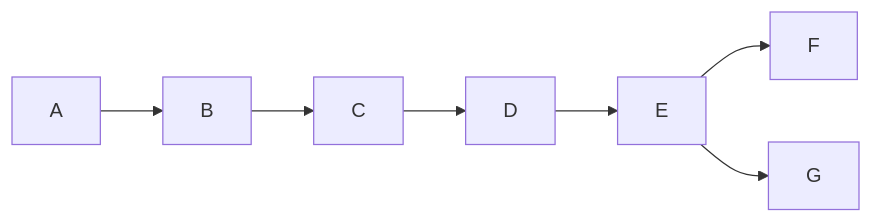
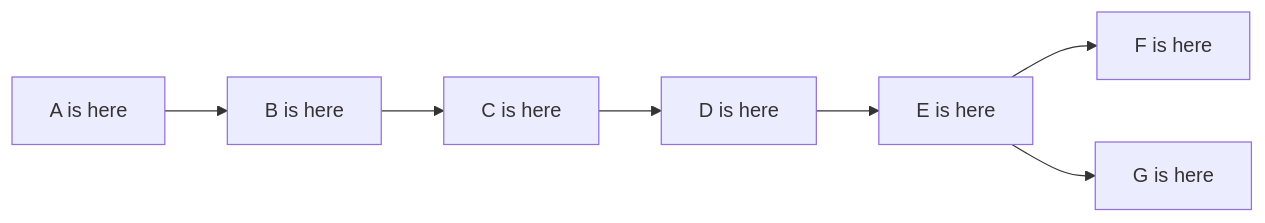
Before and after one commit to Fantastic-Devs/Mintlify: the diagram in id/id.mdx, drawn with Mermaid.

````diff
--- a/id/id.mdx
+++ b/id/id.mdx
@@ -17,10 +17,17 @@
 ```mermaid
 
 graph LR;
+    A["`A is here`"]
+    B["`B is here`"]
+    C["`C is here`"]
+    D["`D is here`"]
+    E["`E is here`"]
+    F["`F is here`"]
+    G["`G is here`"]
     A--> B;
     B--> C;
     C--> D;
     D--> E;
     E--> F & G;
 
 ```
````
